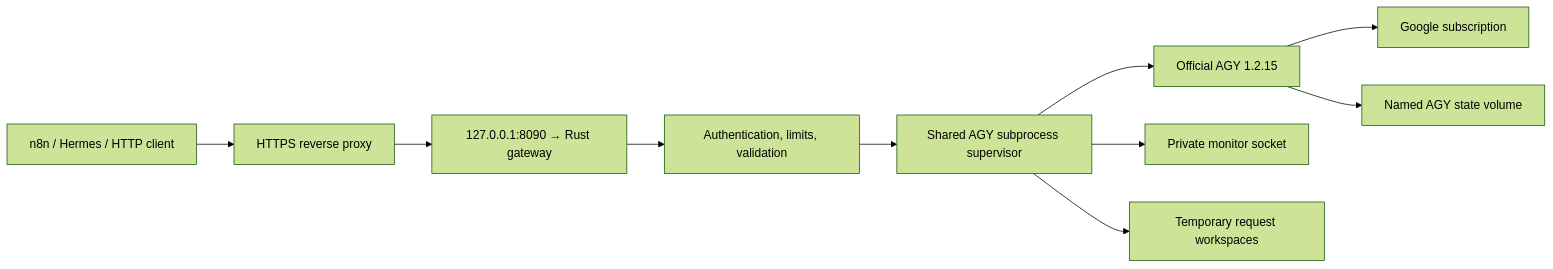
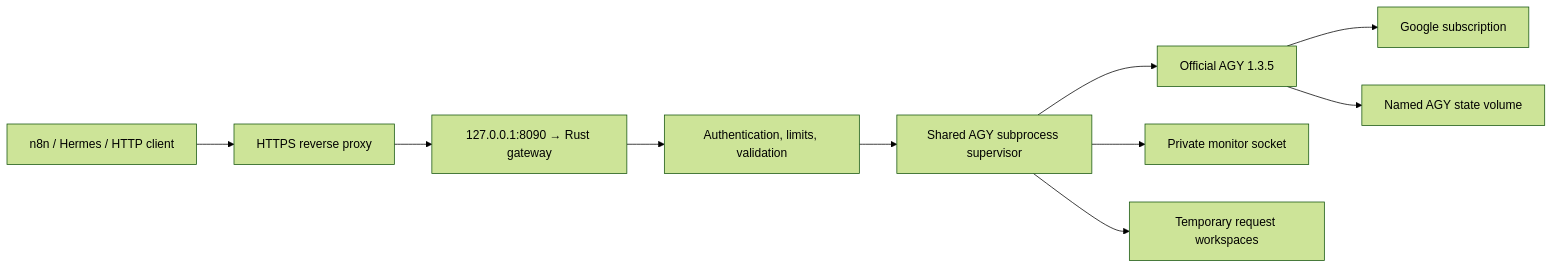
Before and after one commit to leomleao/ai-router: the diagram in README.md, drawn with Mermaid (forest theme). The commit also changed other lines of this file and 14 other files, not shown here.

````diff
--- a/README.md
+++ b/README.md
@@ -11,12 +11,12 @@
 ```mermaid
 flowchart LR
     C[n8n / Hermes / HTTP client] --> P[HTTPS reverse proxy]
     P --> R[127.0.0.1:8090 → Rust gateway]
     R --> A[Authentication, limits, validation]
     A --> M[Shared AGY subprocess supervisor]
-    M --> G[Official AGY 1.2.15]
+    M --> G[Official AGY 1.3.5]
     G --> S[Google subscription]
     M --> T[Private monitor socket]
     G --> V[Named AGY state volume]
     M --> W[Temporary request workspaces]
 ```
````
